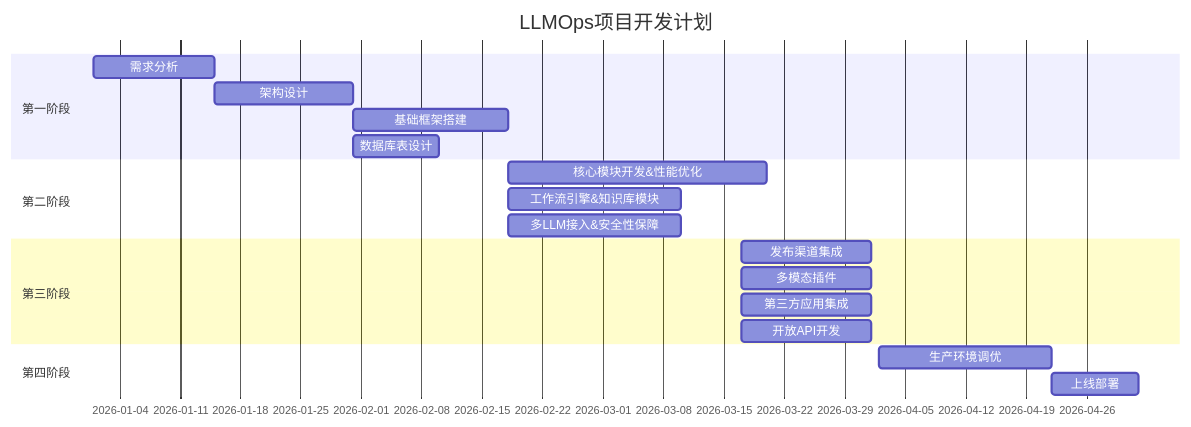
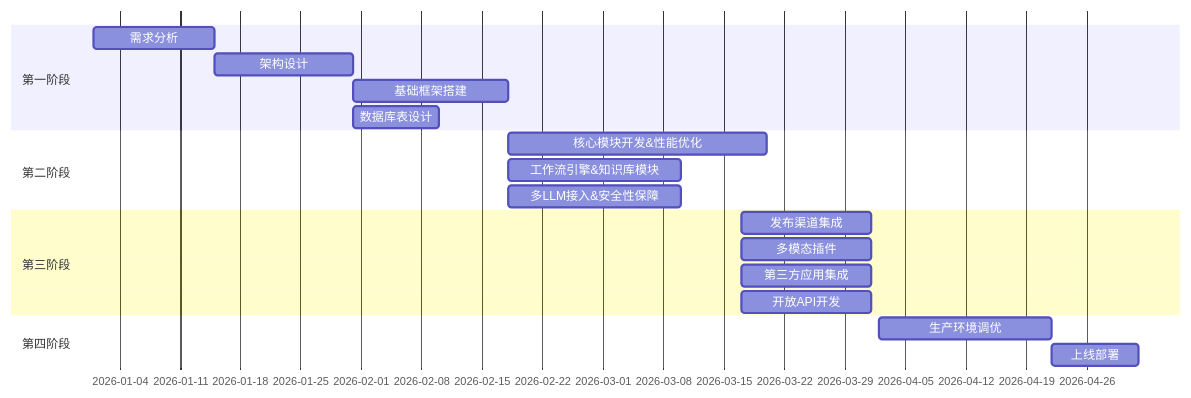
Before and after one commit to chyu-wissfi/LLMOps-all-stack: the diagram in README.md, drawn with Mermaid. The commit also changed other lines of this file and 8 other files, not shown here.

````diff
--- a/README.md
+++ b/README.md
@@ -54,22 +66,21 @@
 ```mermaid
 gantt
-    title LLMOps项目开发计划
     dateFormat  YYYY-MM-DD
     section 第一阶段
     需求分析              :2026-01-01, 14d
     架构设计              :2026-01-15, 16d
     基础框架搭建           :2026-01-31, 18d
     数据库表设计           :2026-01-31, 10d
     section 第二阶段
     核心模块开发&性能优化   :2026-02-18, 30d
     工作流引擎&知识库模块   :2026-02-18, 20d
     多LLM接入&安全性保障   :2026-02-18, 20d
     section 第三阶段
     发布渠道集成           :2026-03-17, 15d
     多模态插件             :2026-03-17, 15d
     第三方应用集成         :2026-03-17, 15d
     开放API开发           :2026-03-17, 15d
     section 第四阶段
     生产环境调优           :2026-04-02, 20d
     上线部署              :2026-04-22, 10d
 ```
````
